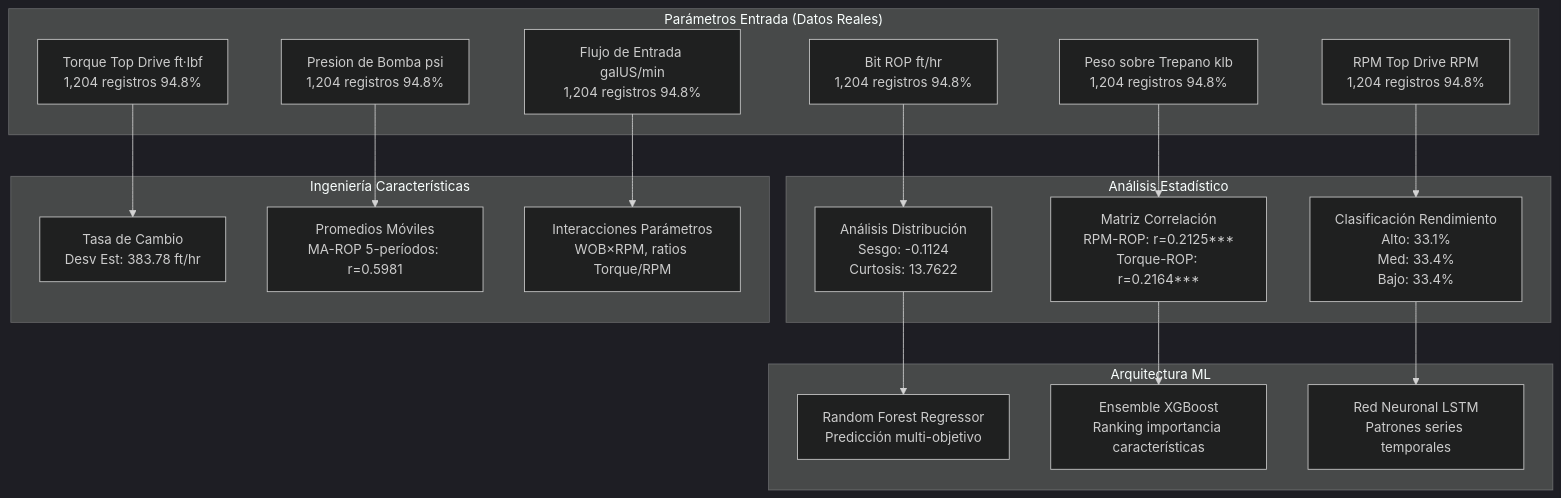
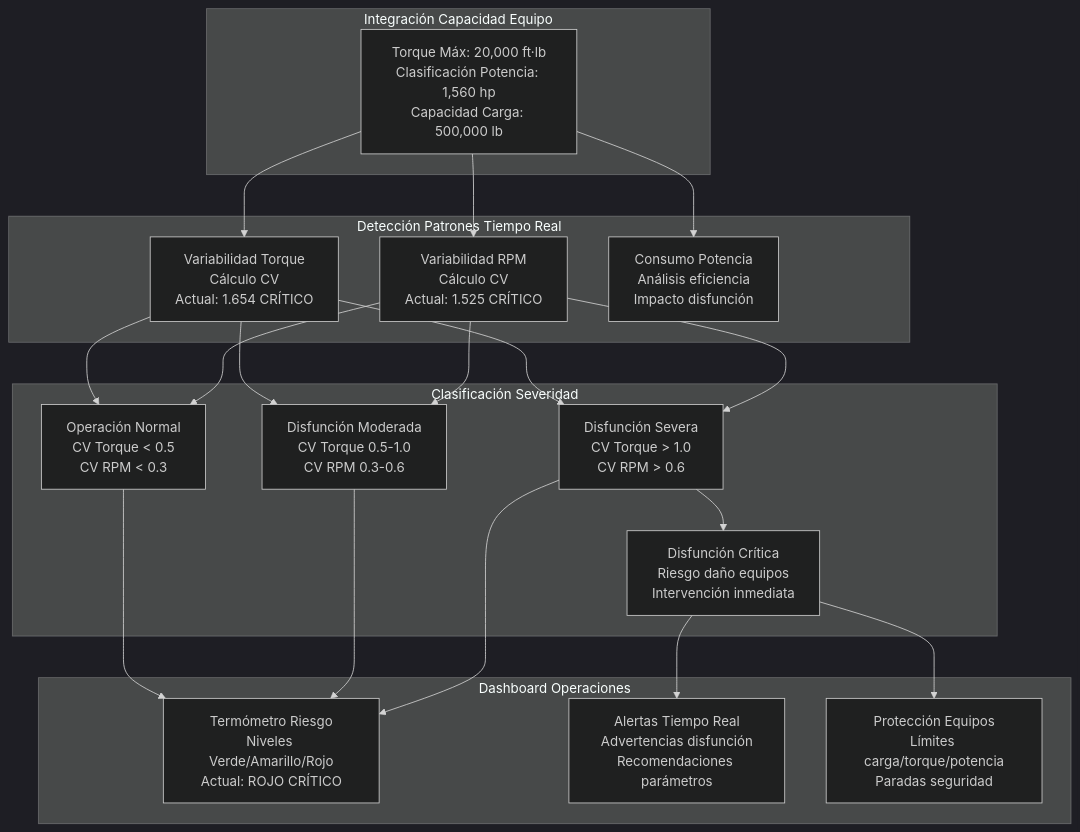
The second of 12 diagrams in PAE_Report.md (wonder-dmercadal/PublicReports), drawn with Mermaid (dark theme) before and after one commit. The commit also changed other lines of this file, not shown here.

````diff
--- a/PAE_Report.md
+++ b/PAE_Report.md
@@ -186,40 +244,41 @@
 ```mermaid
-flowchart TD
-    subgraph "Parámetros Entrada (Datos Reales)"
-        A1[Bit ROP ft/hr<br/>1,204 registros 94.8%]
-        A2[Peso sobre Trepano klb<br/>1,204 registros 94.8%]
-        A3[RPM Top Drive RPM<br/>1,204 registros 94.8%]
-        A4[Torque Top Drive ft·lbf<br/>1,204 registros 94.8%]
-        A5[Presion de Bomba psi<br/>1,204 registros 94.8%]
-        A6[Flujo de Entrada galUS/min<br/>1,204 registros 94.8%]
+graph TB
+    subgraph "Integración Capacidad Equipo"
+        A[Torque Máx: 20,000 ft·lb<br/>Clasificación Potencia: 1,560 hp<br/>Capacidad Carga: 500,000 lb]
     end
     
-    subgraph "Análisis Estadístico"
-        B1[Análisis Distribución<br/>Sesgo: -0.1124<br/>Curtosis: 13.7622]
-        B2[Matriz Correlación<br/>RPM-ROP: r=0.2125***<br/>Torque-ROP: r=0.2164***]
-        B3[Clasificación Rendimiento<br/>Alto: 33.1%<br/>Med: 33.4%<br/>Bajo: 33.4%]
+    subgraph "Detección Patrones Tiempo Real"
+        B1[Variabilidad Torque<br/>Cálculo CV<br/>Actual: 1.654 CRÍTICO]
+        B2[Variabilidad RPM<br/>Cálculo CV<br/>Actual: 1.525 CRÍTICO]
+        B3[Consumo Potencia<br/>Análisis eficiencia<br/>Impacto disfunción]
     end
     
-    subgraph "Ingeniería Características"
-        C1[Tasa de Cambio<br/>Desv Est: 383.78 ft/hr]
-        C2[Promedios Móviles<br/>MA-ROP 5-períodos: r=0.5981]
-        C3[Interacciones Parámetros<br/>WOB×RPM, ratios Torque/RPM]
+    subgraph "Clasificación Severidad"
+        C1[Operación Normal<br/>CV Torque < 0.5<br/>CV RPM < 0.3]
+        C2[Disfunción Moderada<br/>CV Torque 0.5-1.0<br/>CV RPM 0.3-0.6]
+        C3[Disfunción Severa<br/>CV Torque > 1.0<br/>CV RPM > 0.6]
+        C4[Disfunción Crítica<br/>Riesgo daño equipos<br/>Intervención inmediata]
     end
     
-    subgraph "Arquitectura ML"
-        D1[Random Forest Regressor<br/>Predicción multi-objetivo]
-        D2[Ensemble XGBoost<br/>Ranking importancia características]
-        D3[Red Neuronal LSTM<br/>Patrones series temporales]
+    subgraph "Dashboard Operaciones"
+        D1[Termómetro Riesgo<br/>Niveles Verde/Amarillo/Rojo<br/>Actual: ROJO CRÍTICO]
+        D2[Alertas Tiempo Real<br/>Advertencias disfunción<br/>Recomendaciones parámetros]
+        D3[Protección Equipos<br/>Límites carga/torque/potencia<br/>Paradas seguridad]
     end
     
-    A1 --> B1
-    A2 --> B2
-    A3 --> B3
-    A4 --> C1
-    A5 --> C2
-    A6 --> C3
-    
-    B1 --> D1
-    B2 --> D2
-    B3 --> D3
+    A --> B1
+    A --> B2
+    A --> B3
+    B1 --> C1
+    B1 --> C2
+    B1 --> C3
+    B2 --> C1
+    B2 --> C2
+    B2 --> C3
+    C3 --> C4
+    C1 --> D1
+    C2 --> D1
+    C3 --> D1
+    C4 --> D2
+    C4 --> D3
 ```
````
